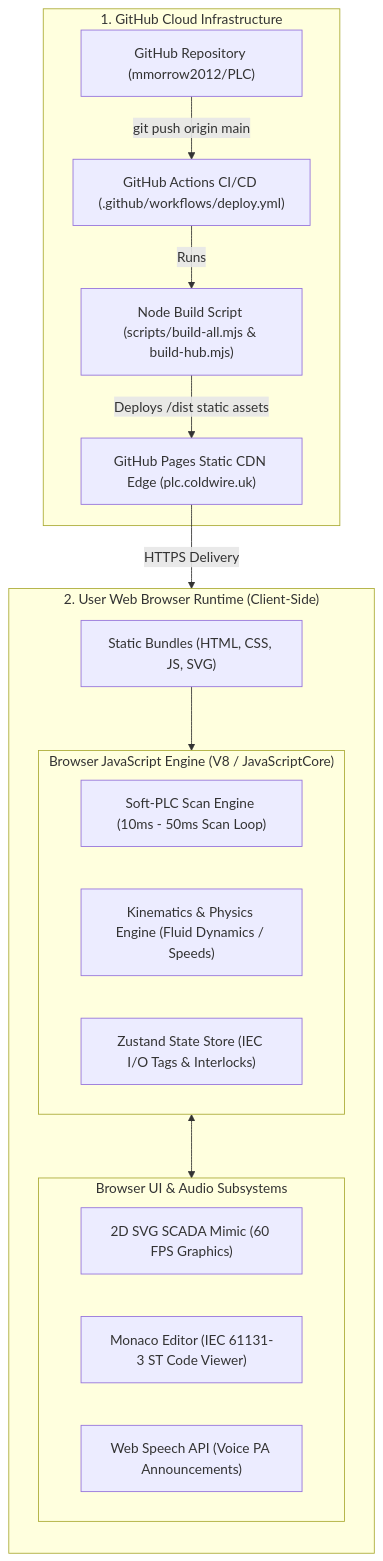
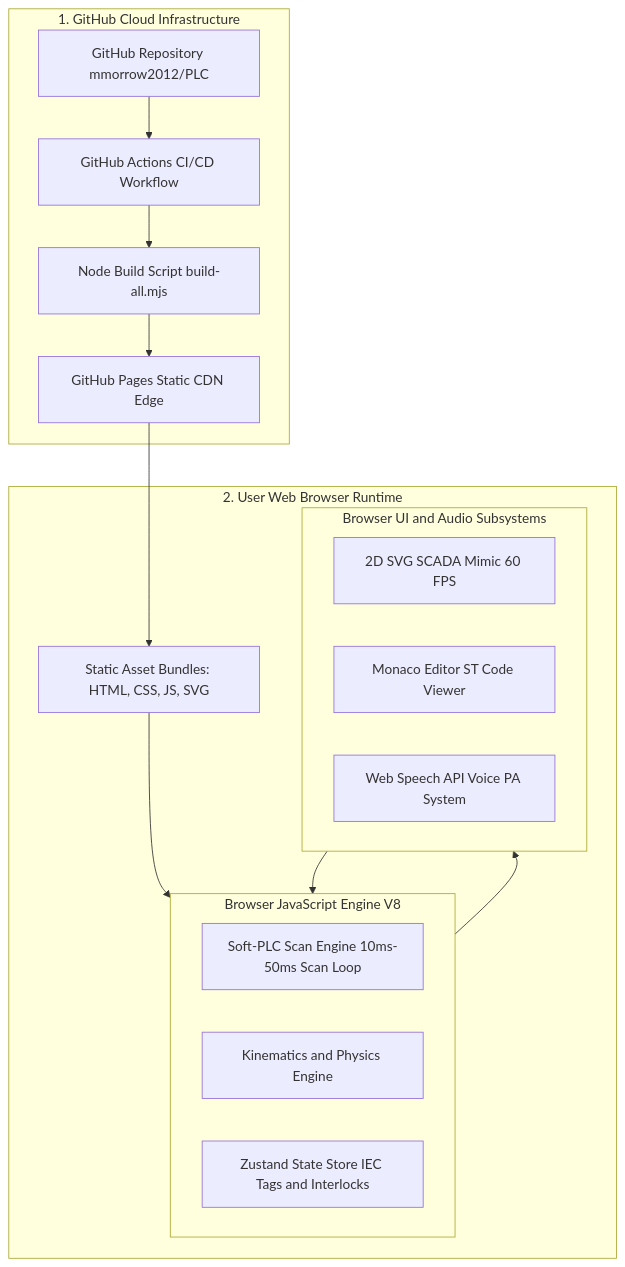
The diagram in research/hosting.md (mmorrow2012/PLC), drawn with Mermaid before and after one commit.

Commit message:
Fix Mermaid diagram syntax in research/hosting.md for GitHub Markdown renderer compatibility

````diff
--- a/research/hosting.md
+++ b/research/hosting.md
@@ -15,33 +15,33 @@
 ```mermaid
-flowchart TD
+graph TD
     subgraph Cloud["1. GitHub Cloud Infrastructure"]
-        GitRepo["GitHub Repository (mmorrow2012/PLC)"]
-        GHActions["GitHub Actions CI/CD (.github/workflows/deploy.yml)"]
-        BuildScript["Node Build Script (scripts/build-all.mjs & build-hub.mjs)"]
-        GHPages["GitHub Pages Static CDN Edge (plc.coldwire.uk)"]
+        GitRepo["GitHub Repository mmorrow2012/PLC"]
+        GHActions["GitHub Actions CI/CD Workflow"]
+        BuildScript["Node Build Script build-all.mjs"]
+        GHPages["GitHub Pages Static CDN Edge"]
     end
 
-    subgraph ClientBrowser["2. User Web Browser Runtime (Client-Side)"]
-        direction TB
-        StaticAssets["Static Bundles (HTML, CSS, JS, SVG)"]
+    subgraph ClientBrowser["2. User Web Browser Runtime"]
+        StaticAssets["Static Asset Bundles: HTML, CSS, JS, SVG"]
         
-        subgraph JS_Engine["Browser JavaScript Engine (V8 / JavaScriptCore)"]
-            SoftPLC["Soft-PLC Scan Engine (10ms - 50ms Scan Loop)"]
-            Physics["Kinematics & Physics Engine (Fluid Dynamics / Speeds)"]
-            ZustandStore["Zustand State Store (IEC I/O Tags & Interlocks)"]
+        subgraph JS_Engine["Browser JavaScript Engine V8"]
+            SoftPLC["Soft-PLC Scan Engine 10ms-50ms Scan Loop"]
+            Physics["Kinematics and Physics Engine"]
+            ZustandStore["Zustand State Store IEC Tags and Interlocks"]
         end
 
-        subgraph DOM_Subsystems["Browser UI & Audio Subsystems"]
-            SCADA_SVG["2D SVG SCADA Mimic (60 FPS Graphics)"]
-            MonacoEditor["Monaco Editor (IEC 61131-3 ST Code Viewer)"]
-            WebSpeech["Web Speech API (Voice PA Announcements)"]
+        subgraph DOM_Subsystems["Browser UI and Audio Subsystems"]
+            SCADA_SVG["2D SVG SCADA Mimic 60 FPS"]
+            MonacoEditor["Monaco Editor ST Code Viewer"]
+            WebSpeech["Web Speech API Voice PA System"]
         end
     end
 
-    GitRepo -->|git push origin main| GHActions
-    GHActions -->|Runs| BuildScript
-    BuildScript -->|Deploys /dist static assets| GHPages
-    GHPages -->|HTTPS Delivery| StaticAssets
+    GitRepo --> GHActions
+    GHActions --> BuildScript
+    BuildScript --> GHPages
+    GHPages --> StaticAssets
     StaticAssets --> JS_Engine
-    JS_Engine <--> DOM_Subsystems
+    JS_Engine --> DOM_Subsystems
+    DOM_Subsystems --> JS_Engine
 ```
````
